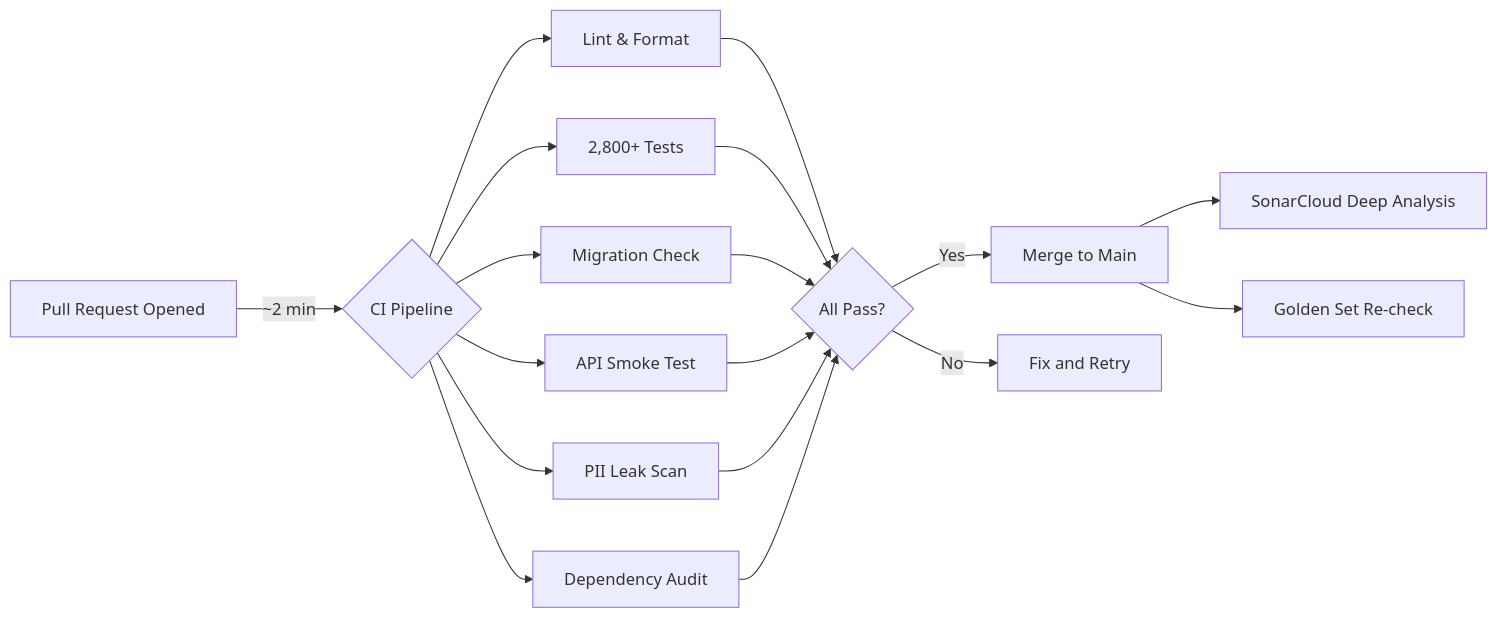
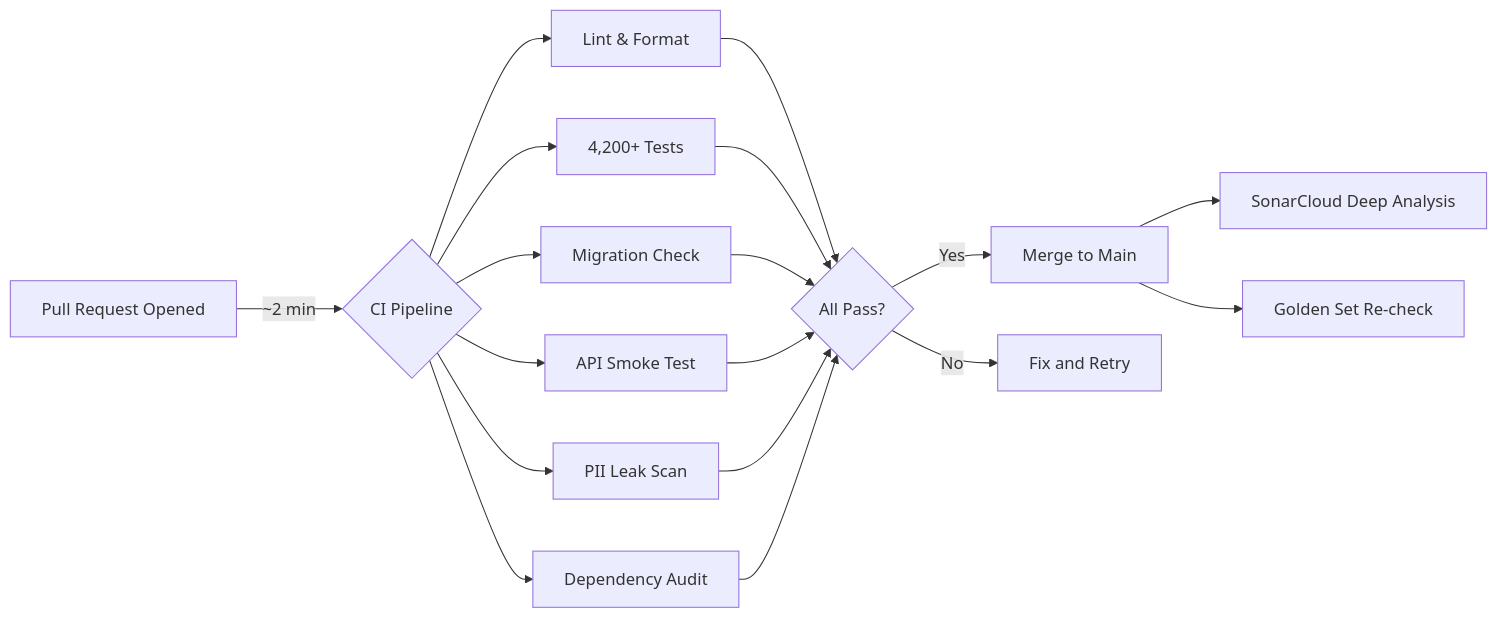
The second of 2 diagrams in docs/guides/how-testing-works.md (pleasedodisturb/kestrel), drawn with Mermaid before and after one commit. The commit also changed other lines of this file, not shown here.

First line of the commit message:
G-1467: refresh stale test counts in the testing guide (2,800+ -> measured) (#498)

````diff
--- a/docs/guides/how-testing-works.md
+++ b/docs/guides/how-testing-works.md
@@ -67,22 +67,22 @@
 ```mermaid
 flowchart LR
     PR[Pull Request Opened] --> |"~2 min"| CI{CI Pipeline}
     CI --> LINT[Lint & Format]
-    CI --> TEST[2,800+ Tests]
+    CI --> TEST[4,200+ Tests]
     CI --> MIG[Migration Check]
     CI --> SMOKE[API Smoke Test]
     CI --> PII_SCAN[PII Leak Scan]
     CI --> DEP_AUDIT[Dependency Audit]
 
     LINT --> PASS{All Pass?}
     TEST --> PASS
     MIG --> PASS
     SMOKE --> PASS
     PII_SCAN --> PASS
     DEP_AUDIT --> PASS
     PASS -->|Yes| MERGE[Merge to Main]
     PASS -->|No| FIX[Fix and Retry]
 
     MERGE --> SONAR_RUN[SonarCloud Deep Analysis]
     MERGE --> GOLDEN_RUN[Golden Set Re-check]
 ```
````
